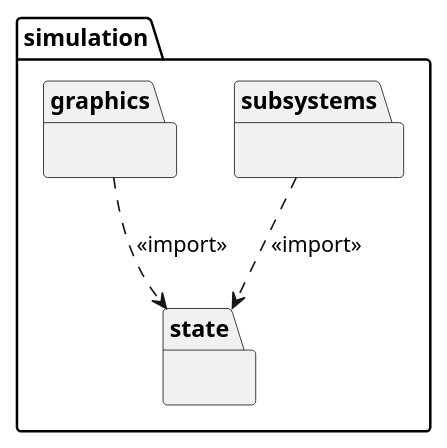
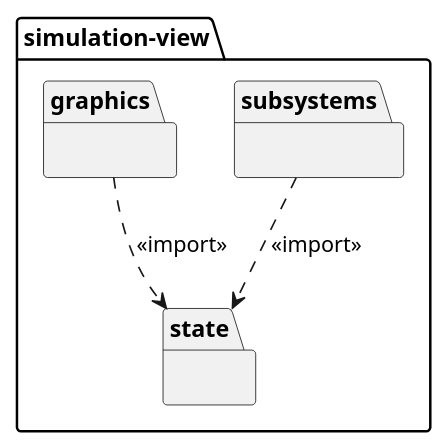
Before and after one commit to nojusbarth/OFC: the diagram in diagrams/packets.puml, drawn with PlantUML. The commit also changed 10 other files, not shown here.

Commit message:
Rename + neue Diagramme

```diff
--- a/diagrams/packets.puml
+++ b/diagrams/packets.puml
@@ -1,34 +1,34 @@
 @startuml name Simulation Project Package Structure
 
 ' =====================================================
 ' Package Diagram: Simulation Module
 ' =====================================================
 
-package "simulation" {
+package "simulation-view" {
 
   ' -----------------------------
   ' State Stores
   ' -----------------------------
   package "state" {}
 
   ' -----------------------------
   ' Subsystems (Logic only)
   ' -----------------------------
   package "subsystems" {}
 
   ' -----------------------------
   ' Graphics / JSX Components
   ' -----------------------------
   package "graphics" {}
 
   ' -----------------------------
 }
 
 ' =====================================================
 ' Dependencies
 ' =====================================================
 
 subsystems ..> state : <<import>>
 graphics ..> state : <<import>>
 
 @enduml
```
